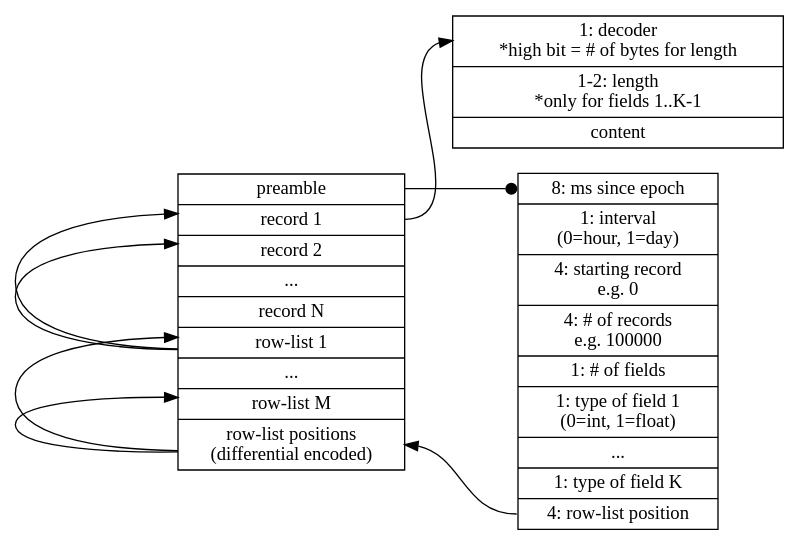
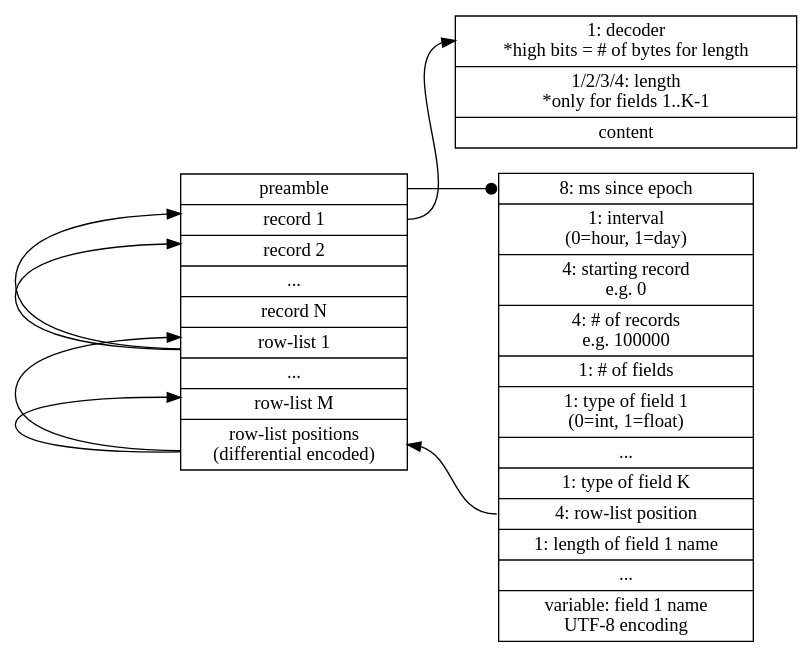
The diagram in format/format.dot (cldellow/manu), drawn with Graphviz before and after one commit. The commit also changed 7 other files, not shown here.

```diff
--- a/format/format.dot
+++ b/format/format.dot
@@ -1,45 +1,46 @@
 digraph structs {
   node [shape=record];
   rankdir=LR;
 
-//  struct1 [ label="<f0> one | two | three" ];
-//  struct2 [ label="<f0> one | two | three" ];
   composite [ label ="<preamble> preamble |
   <record1> record 1 |
   <record2> record 2 |
   ... |
   record N |
   <rowlist1> row-list 1 |
   ... |
   <rowlistm> row-list M |
   <rowlistpos> row-list positions\n(differential encoded)
 
   " ];
 
   preamble [ label="<epoch> 8: ms since epoch |
   1: interval\n(0=hour, 1=day) |
   4: starting record\ne.g. 0 |
   4: # of records\ne.g. 100000 |
   1: # of fields |
   1: type of field 1\n(0=int, 1=float) |
   ... |
   1: type of field K |
-  <rowlistpos> 4: row-list position
+  <rowlistpos> 4: row-list position |
+  1: length of field 1 name |
+  ... |
+  variable: field 1 name\nUTF-8 encoding
   " ];
 
-  record [ label = "<decoder>1: decoder\n*high bit = # of bytes for length |
-  1-2: length\n*only for fields 1..K-1 |
+  record [ label = "<decoder>1: decoder\n*high bits = # of bytes for length |
+  1/2/3/4: length\n*only for fields 1..K-1 |
   content
   " ];
 
   composite:preamble -> preamble:epoch [arrowhead=dot];
 
   preamble:rowlistpos -> composite:rowlistpos;
 
   composite:rowlistpos -> composite:rowlist1;
   composite:rowlistpos -> composite:rowlistm;
 
   composite:record1 -> record:decoder;
   composite:rowlist1 -> composite:record1;
   composite:rowlist1 -> composite:record2;
 }
```
